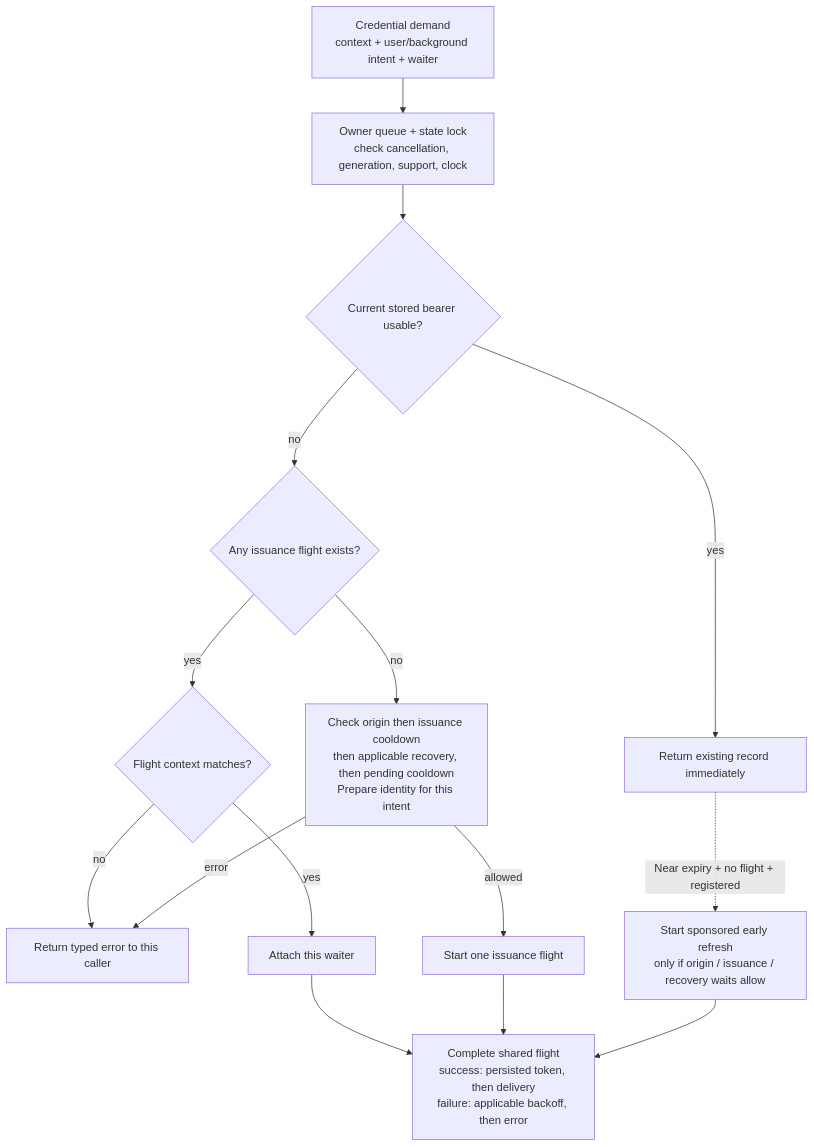
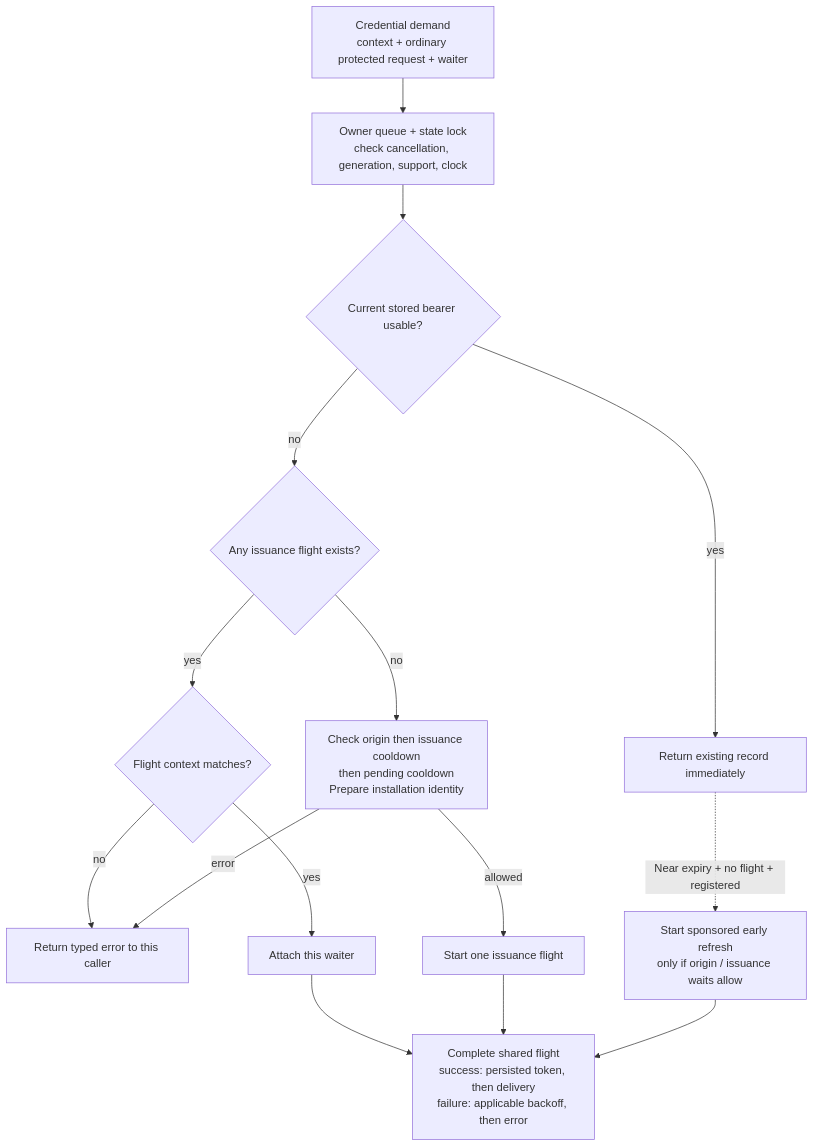
One commit to novasamatech/nova-wallet-ios changed the fifth of 8 diagrams in .claude/docs/architecture/novaauth-client-diagrams.md. Above: the diagram before and after it, drawn with Mermaid. The commit also changed other lines of this file and 5 other files, not shown here.

````diff
--- a/.claude/docs/architecture/novaauth-client-diagrams.md
+++ b/.claude/docs/architecture/novaauth-client-diagrams.md
@@ -183,17 +167,17 @@
 ```mermaid
 flowchart TB
-  D["Credential demand<br/>context + user/background intent + waiter"] --> G["Owner queue + state lock<br/>check cancellation, generation, support, clock"]
+  D["Credential demand<br/>context + ordinary protected request + waiter"] --> G["Owner queue + state lock<br/>check cancellation, generation, support, clock"]
   G --> VALID{"Current stored bearer usable?"}
   VALID -- yes --> RETURN["Return existing record immediately"]
   VALID -- no --> FL{"Any issuance flight exists?"}
   FL -- yes --> MATCH{"Flight context matches?"}
   MATCH -- no --> FAIL["Return typed error to this caller"]
   MATCH -- yes --> JOIN["Attach this waiter"]
-  FL -- no --> IC["Check origin then issuance cooldown<br/>then applicable recovery, then pending cooldown<br/>Prepare identity for this intent"]
+  FL -- no --> IC["Check origin then issuance cooldown<br/>then pending cooldown<br/>Prepare installation identity"]
   IC -- error --> FAIL
   IC -- allowed --> START["Start one issuance flight"]
   JOIN --> DONE["Complete shared flight<br/>success: persisted token, then delivery<br/>failure: applicable backoff, then error"]
   START --> DONE
-  RETURN -. "Near expiry + no flight + registered" .-> EARLY["Start sponsored early refresh<br/>only if origin / issuance / recovery waits allow"]
+  RETURN -. "Near expiry + no flight + registered" .-> EARLY["Start sponsored early refresh<br/>only if origin / issuance waits allow"]
   EARLY --> DONE
 ```
````
